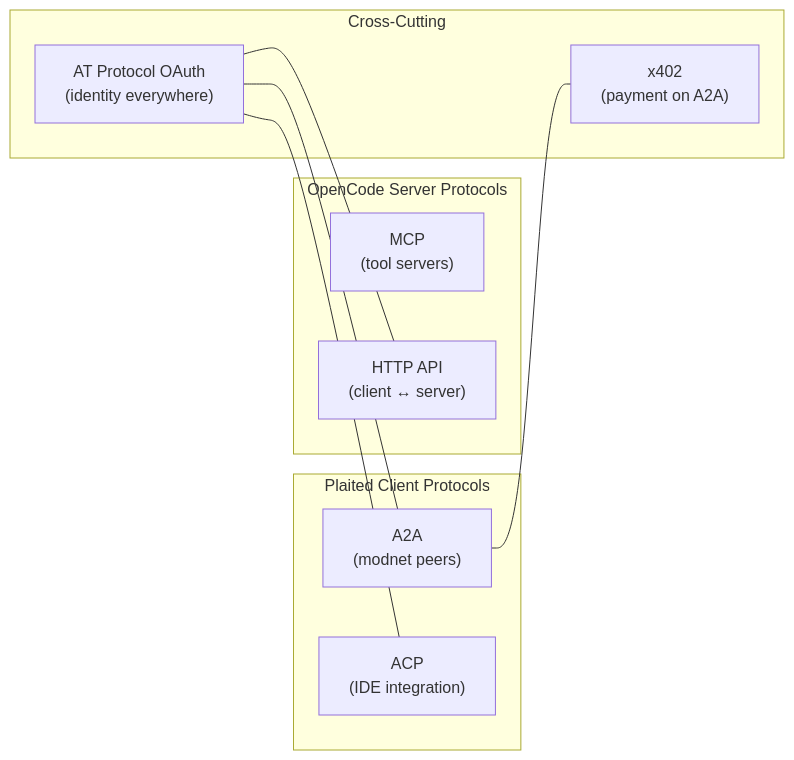
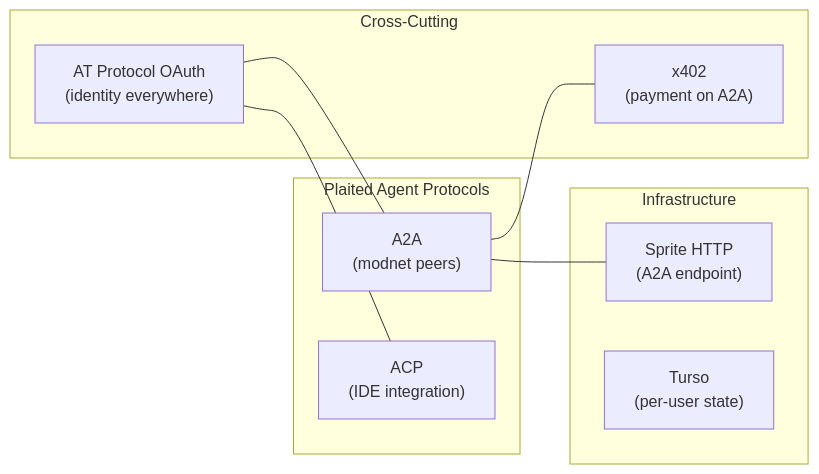
Before and after one commit to plaited/plaited: the second of 12 diagrams in PLAITED-AGENT-PLAN.md, drawn with Mermaid. The commit also changed other lines of this file and 1 other file, not shown here.

First line of the commit message:
docs(agent): add OpenCode as sandbox coding runtime, update V8 plan

````diff
--- a/PLAITED-AGENT-PLAN.md
+++ b/PLAITED-AGENT-PLAN.md
@@ -111,22 +128,22 @@
 ```mermaid
 flowchart LR
-    subgraph ClientProtos["Plaited Client Protocols"]
+    subgraph AgentProtos["Plaited Agent Protocols"]
         A2A["A2A<br/>(modnet peers)"]
         ACP["ACP<br/>(IDE integration)"]
     end
 
-    subgraph ServerProtos["OpenCode Server Protocols"]
-        MCP["MCP<br/>(tool servers)"]
-        HTTP["HTTP API<br/>(client ↔ server)"]
+    subgraph InfraProtos["Infrastructure"]
+        SpriteHTTP["Sprite HTTP<br/>(A2A endpoint)"]
+        TursoDB["Turso<br/>(per-user state)"]
     end
 
     subgraph CrossCutting["Cross-Cutting"]
         ATP["AT Protocol OAuth<br/>(identity everywhere)"]
         X402["x402<br/>(payment on A2A)"]
     end
 
     A2A --- X402
+    A2A --- SpriteHTTP
     ATP --- A2A
     ATP --- ACP
-    ATP --- HTTP
 ```
````
